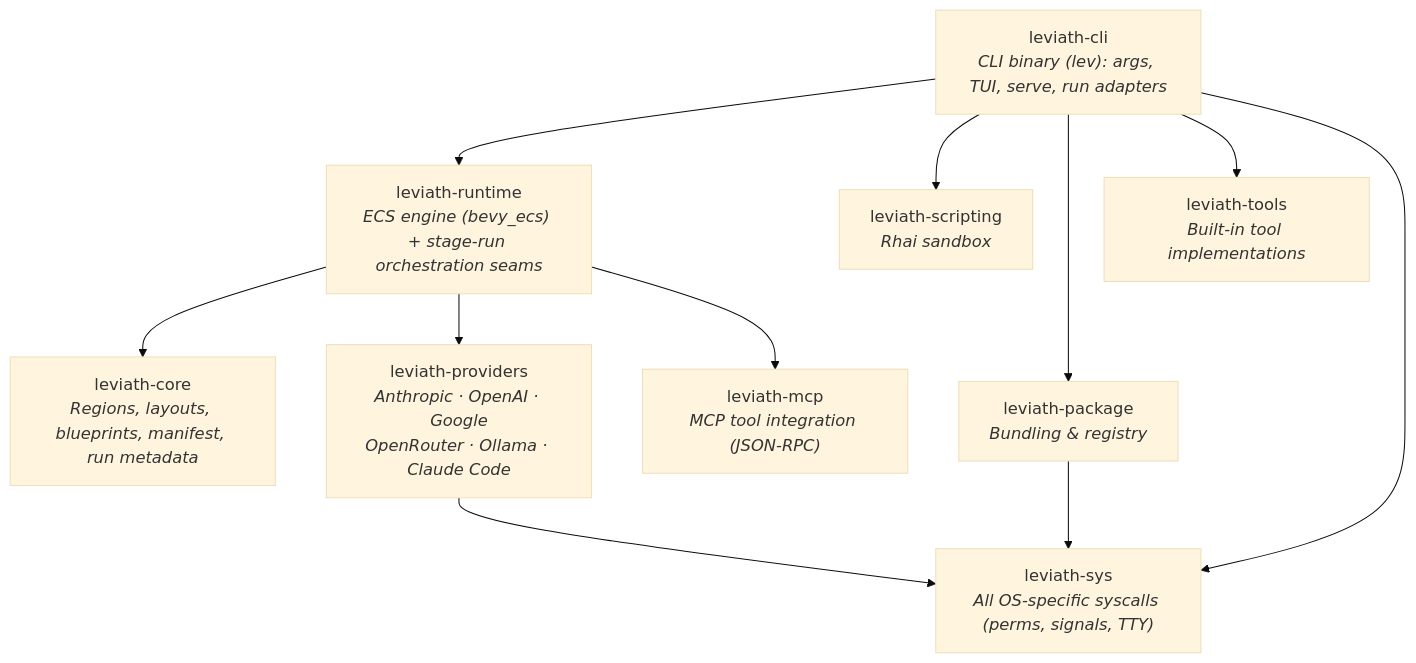
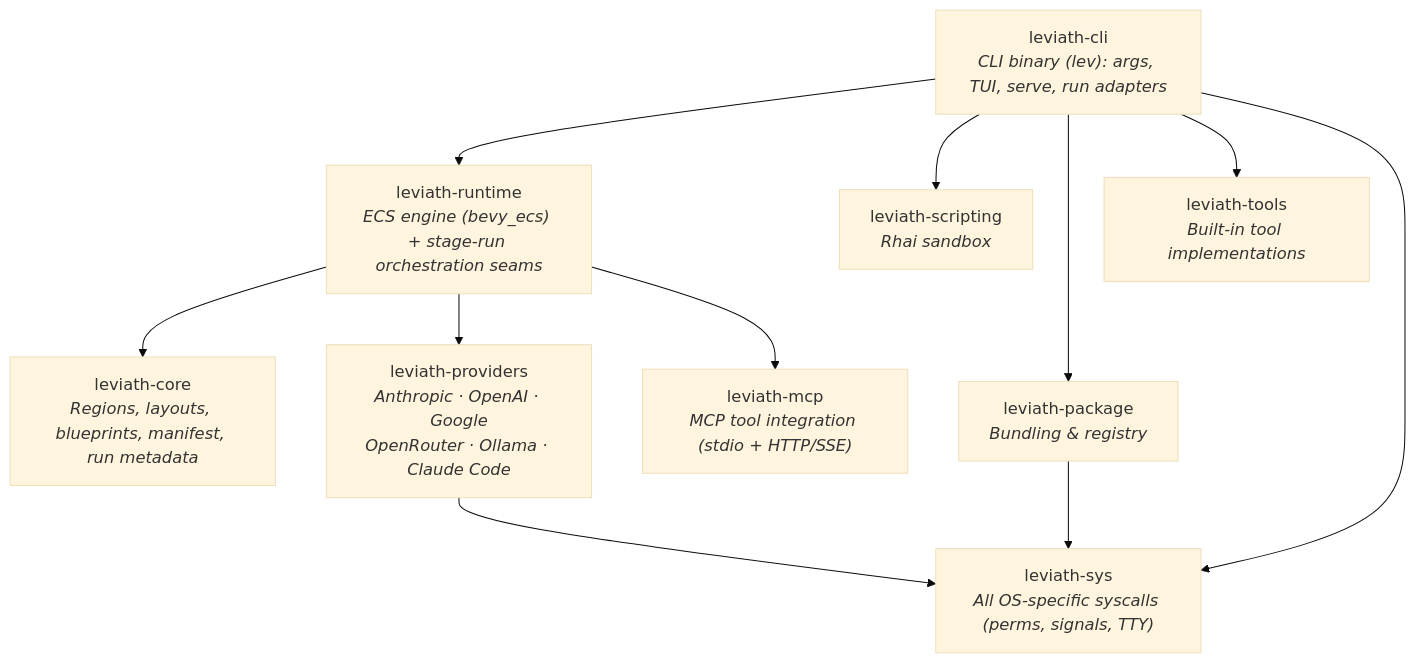
The diagram in README.md (GEMISIS/leviath), drawn with Mermaid (base theme) before and after one commit. The commit also changed 9 other files, not shown here.

First line of the commit message:
feat(mcp): HTTP/SSE transport with streamable + legacy fallback (closes #36)

````diff
--- a/README.md
+++ b/README.md
@@ -325,23 +325,23 @@
 ```mermaid
 graph TD
     CLI["leviath-cli<br/><i>CLI binary (lev): args, TUI, serve, run adapters</i>"]
     RT["leviath-runtime<br/><i>ECS engine (bevy_ecs) + stage-run orchestration seams</i>"]
     CORE["leviath-core<br/><i>Regions, layouts, blueprints, manifest, run metadata</i>"]
     PROV["leviath-providers<br/><i>Anthropic · OpenAI · Google<br/>OpenRouter · Ollama · Claude Code</i>"]
-    MCP["leviath-mcp<br/><i>MCP tool integration (JSON-RPC)</i>"]
+    MCP["leviath-mcp<br/><i>MCP tool integration (stdio + HTTP/SSE)</i>"]
     SCRIPT["leviath-scripting<br/><i>Rhai sandbox</i>"]
     PKG["leviath-package<br/><i>Bundling & registry</i>"]
     TOOLS["leviath-tools<br/><i>Built-in tool implementations</i>"]
     SYS["leviath-sys<br/><i>All OS-specific syscalls (perms, signals, TTY)</i>"]
 
     CLI --> RT
     CLI --> SCRIPT
     CLI --> PKG
     CLI --> TOOLS
     CLI --> SYS
     RT --> CORE
     RT --> PROV
     RT --> MCP
     PROV --> SYS
     PKG --> SYS
 ```
````
